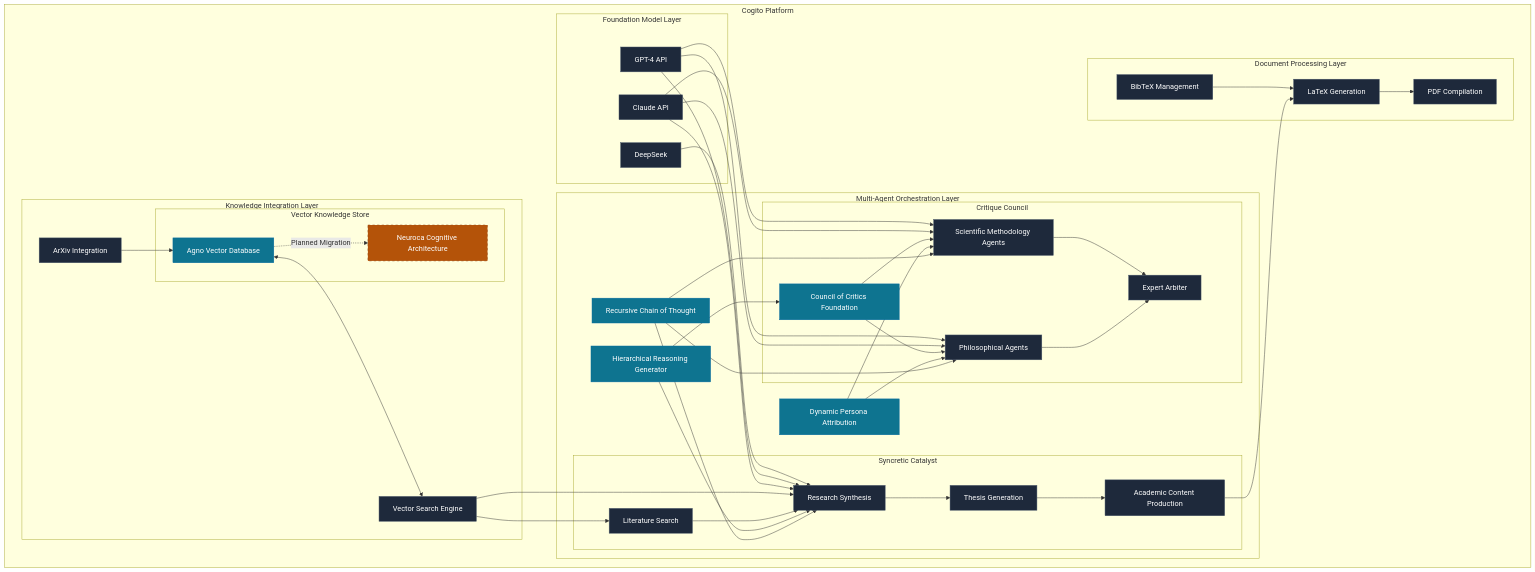
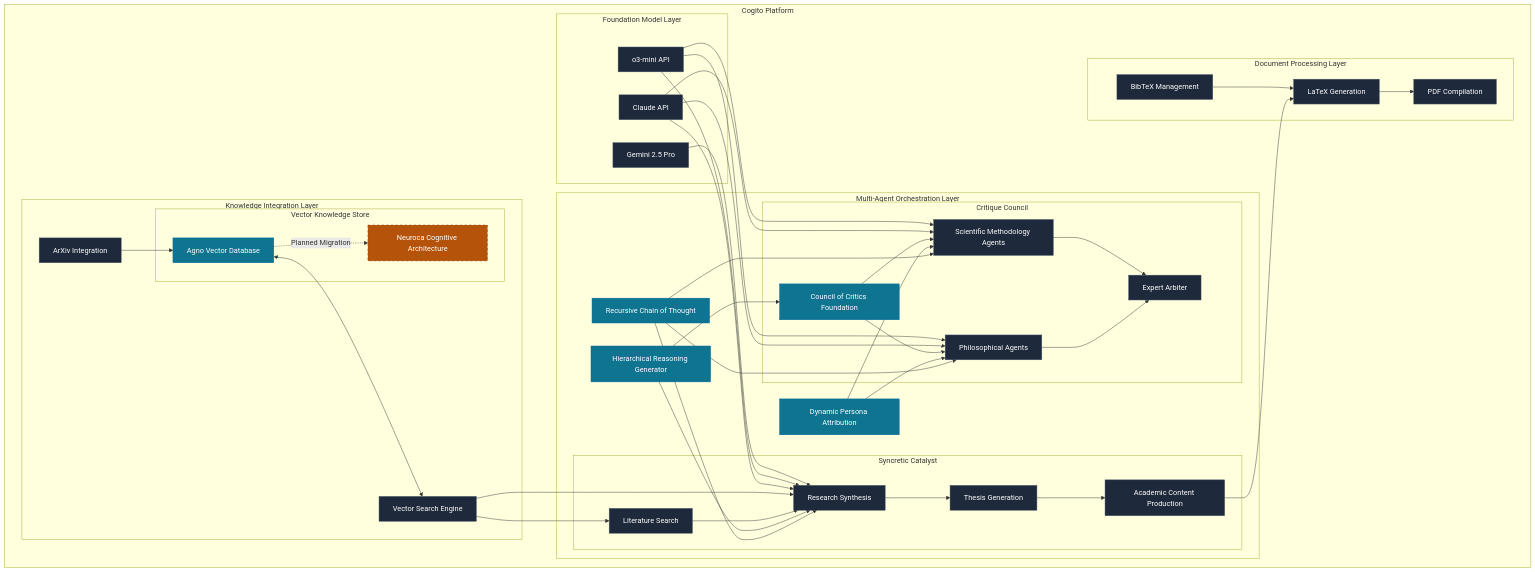
One commit to justinlietz93/critique_council changed the diagram in README.md. Above: the diagram before and after it, drawn with Mermaid.

```diff
--- a/README.md
+++ b/README.md
@@ -193,8 +193,8 @@
         
         subgraph "Foundation Model Layer"
             CL[Claude API]
-            GP[GPT-4 API]
-            DS[DeepSeek]
+            GP[o3-mini API]
+            DS[Gemini 2.5 Pro]
         end
         
         subgraph "Document Processing Layer"
```
